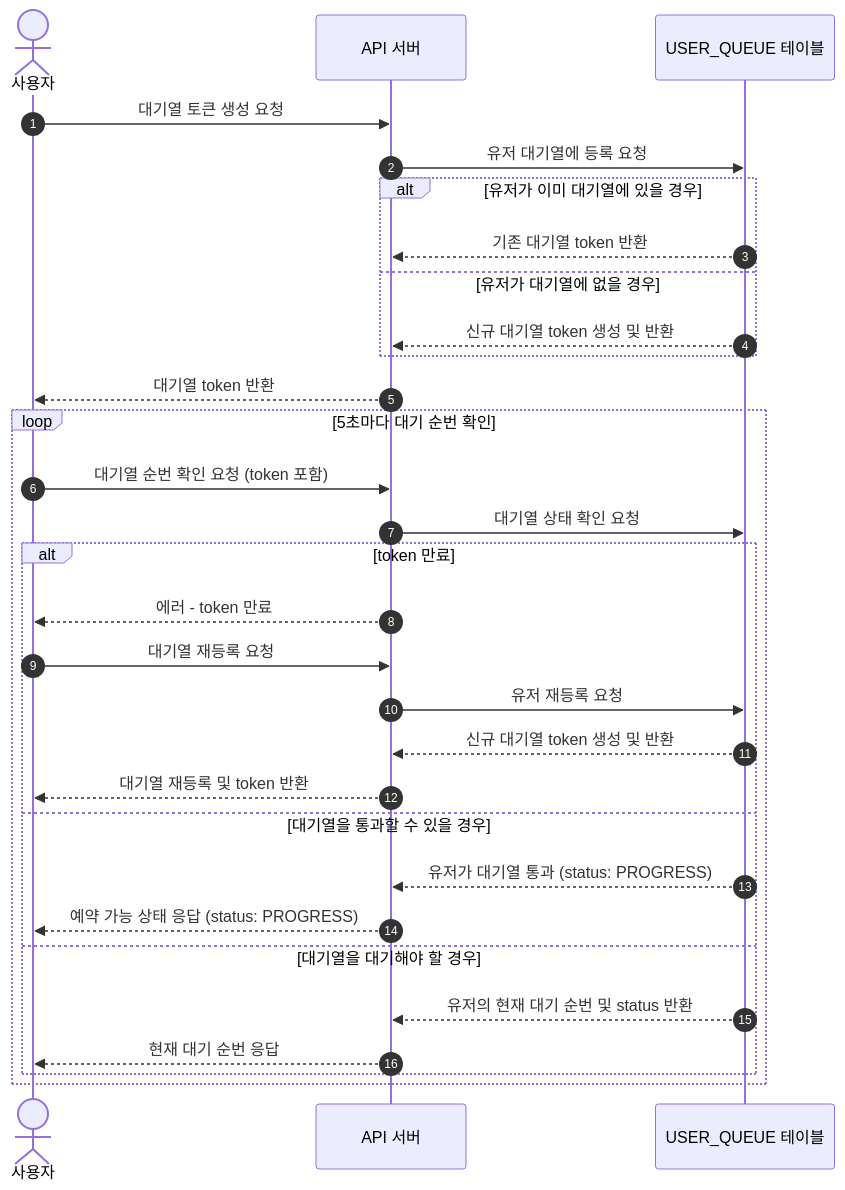
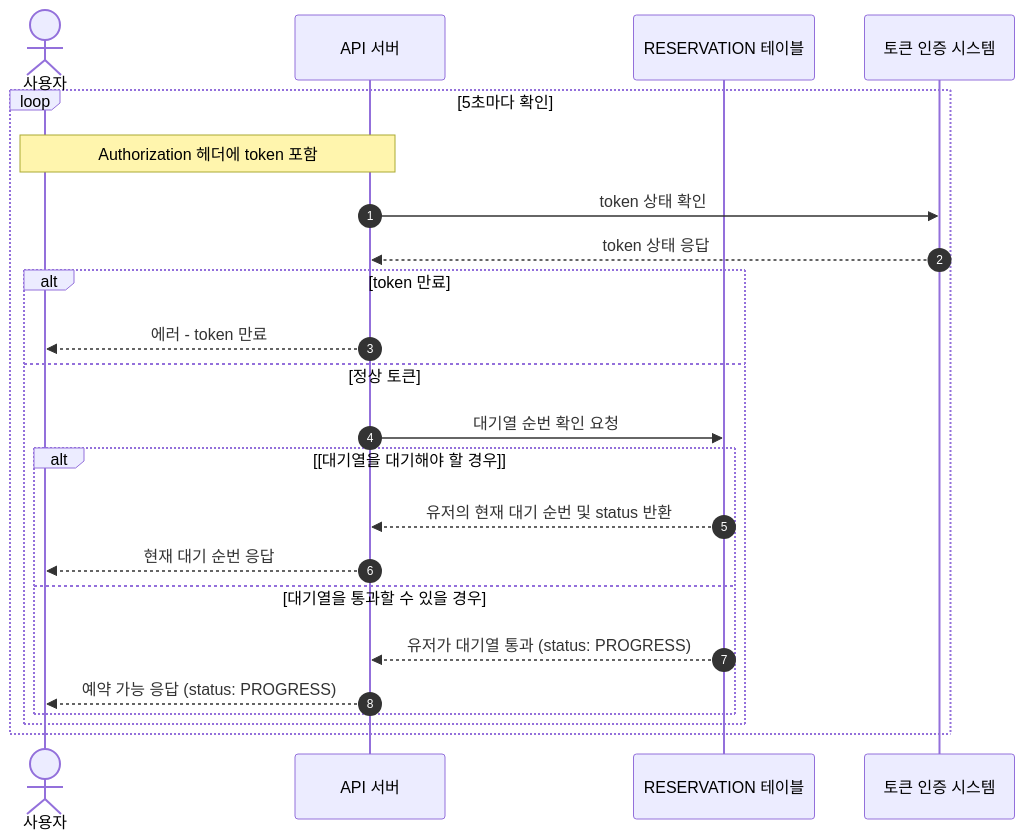
The second of 8 diagrams in docs/sequence.md (Cheondongmin/concert-java), drawn with Mermaid before and after one commit. The commit also changed other lines of this file and 3 other files, not shown here.

````diff
--- a/docs/sequence.md
+++ b/docs/sequence.md
@@ -4,33 +29,25 @@
 ```mermaid
 sequenceDiagram
     autonumber
-    actor 사용자 as 사용자
+    actor user as 사용자
     participant API as API 서버
-    participant USER_QUEUE as USER_QUEUE 테이블
-    사용자 ->> API: 대기열 토큰 생성 요청
-    API ->> USER_QUEUE: 유저 대기열에 등록 요청
-    alt 유저가 이미 대기열에 있을 경우
-        USER_QUEUE -->> API: 기존 대기열 token 반환
-    else 유저가 대기열에 없을 경우
-        USER_QUEUE -->> API: 신규 대기열 token 생성 및 반환
-    end
-    API -->> 사용자: 대기열 token 반환
-
-    loop 5초마다 대기 순번 확인
-        사용자 ->> API: 대기열 순번 확인 요청 (token 포함)
-        API ->> USER_QUEUE: 대기열 상태 확인 요청
+    participant RESERVATION as RESERVATION 테이블
+    participant AUTH as 토큰 인증 시스템
+    loop 5초마다 확인
+        Note over user, API: Authorization 헤더에 token 포함
+        API ->> AUTH: token 상태 확인
+        AUTH -->> API: token 상태 응답
         alt token 만료
-            API -->> 사용자: 에러 - token 만료
-            사용자 ->> API: 대기열 재등록 요청
-            API ->> USER_QUEUE: 유저 재등록 요청
-            USER_QUEUE -->> API: 신규 대기열 token 생성 및 반환
-            API -->> 사용자: 대기열 재등록 및 token 반환
-        else 대기열을 통과할 수 있을 경우
-            USER_QUEUE -->> API: 유저가 대기열 통과 (status: PROGRESS)
-            API -->> 사용자: 예약 가능 상태 응답 (status: PROGRESS)
-        else 대기열을 대기해야 할 경우
-            USER_QUEUE -->> API: 유저의 현재 대기 순번 및 status 반환
-            API -->> 사용자: 현재 대기 순번 응답
+            API -->> user: 에러 - token 만료
+        else 정상 토큰
+            API ->> RESERVATION: 대기열 순번 확인 요청
+            alt [대기열을 대기해야 할 경우]
+                RESERVATION -->> API: 유저의 현재 대기 순번 및 status 반환
+                API -->> user: 현재 대기 순번 응답
+            else 대기열을 통과할 수 있을 경우
+                RESERVATION -->> API: 유저가 대기열 통과 (status: PROGRESS)
+                API -->> user: 예약 가능 응답 (status: PROGRESS)
+            end
         end
     end
 ```
````
